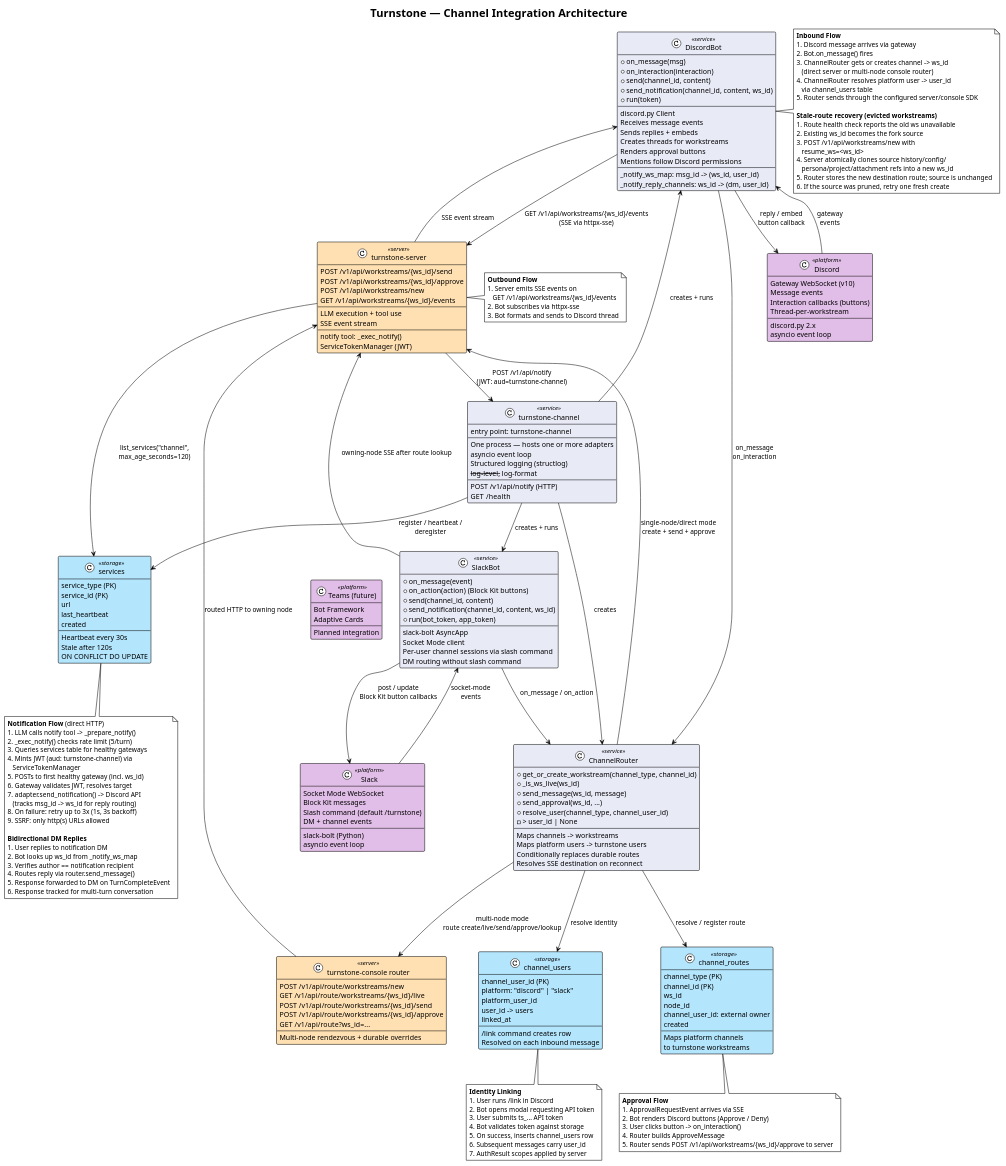
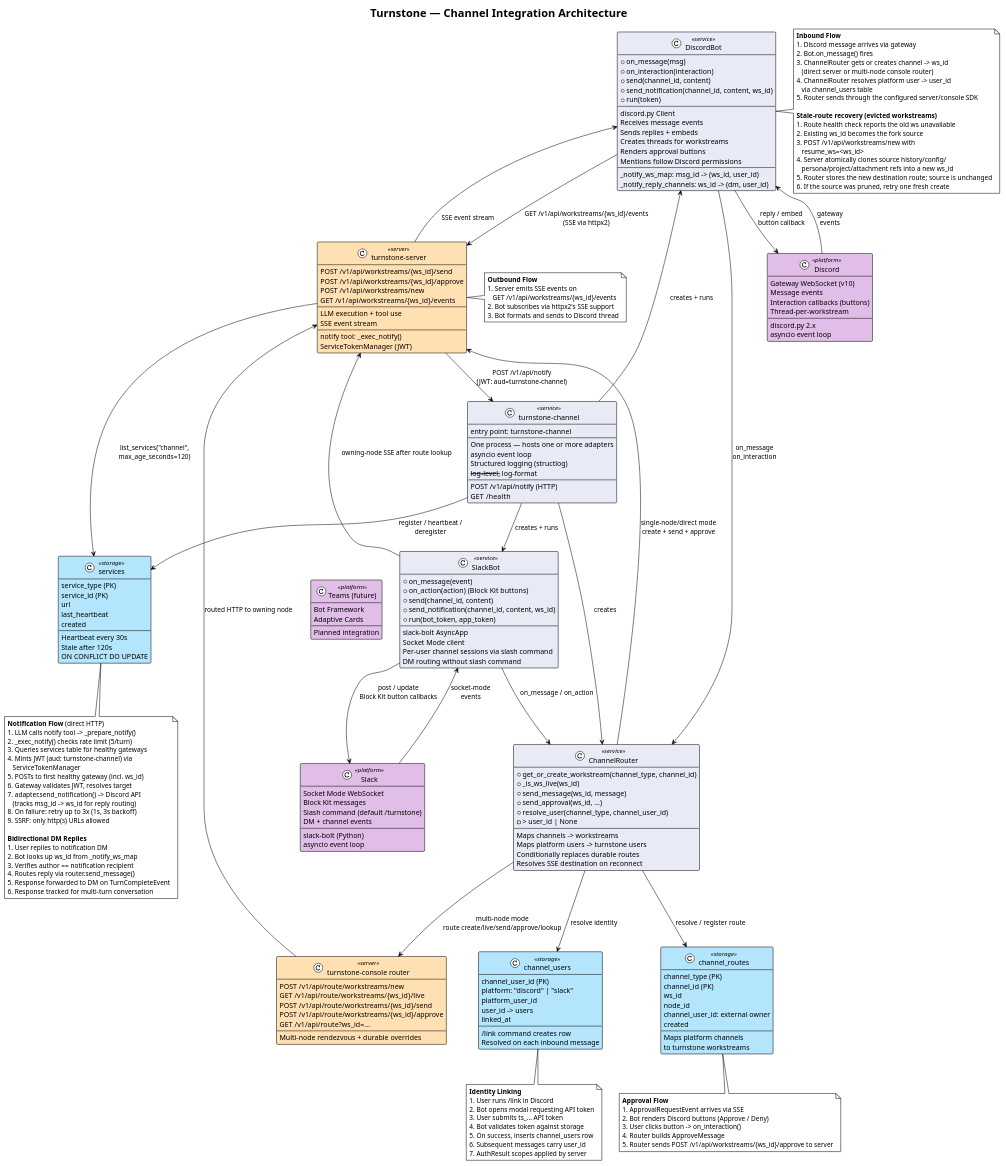
Before and after one commit to turnstonelabs/turnstone: the diagram in docs/diagrams/16-channel-architecture.puml, drawn with PlantUML. The commit also changed 56 other files, not shown here.

First line of the commit message:
chore(deps): drop httpx, httpx-sse and certifi (#1011)

```diff
--- a/docs/diagrams/16-channel-architecture.puml
+++ b/docs/diagrams/16-channel-architecture.puml
@@ -164,7 +164,7 @@
 Router --> Server : single-node/direct mode\ncreate + send + approve
 Router --> ConsoleRouter : multi-node mode\nroute create/live/send/approve/lookup
 ConsoleRouter --> Server : routed HTTP to owning node
-Bot --> Server : GET /v1/api/workstreams/{ws_id}/events\n(SSE via httpx-sse)
+Bot --> Server : GET /v1/api/workstreams/{ws_id}/events\n(SSE via httpx2)
 Server --> Bot : SSE event stream
 
 Bot --> Discord : reply / embed\nbutton callback
@@ -211,7 +211,7 @@
   **Outbound Flow**
   1. Server emits SSE events on
      GET /v1/api/workstreams/{ws_id}/events
-  2. Bot subscribes via httpx-sse
+  2. Bot subscribes via httpx2's SSE support
   3. Bot formats and sends to Discord thread
 end note
 
```
